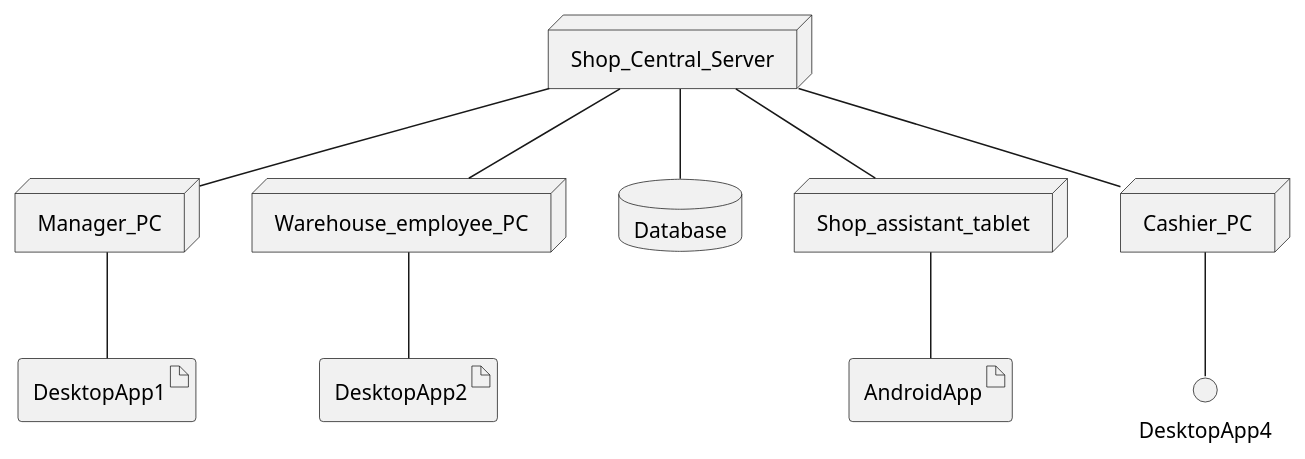
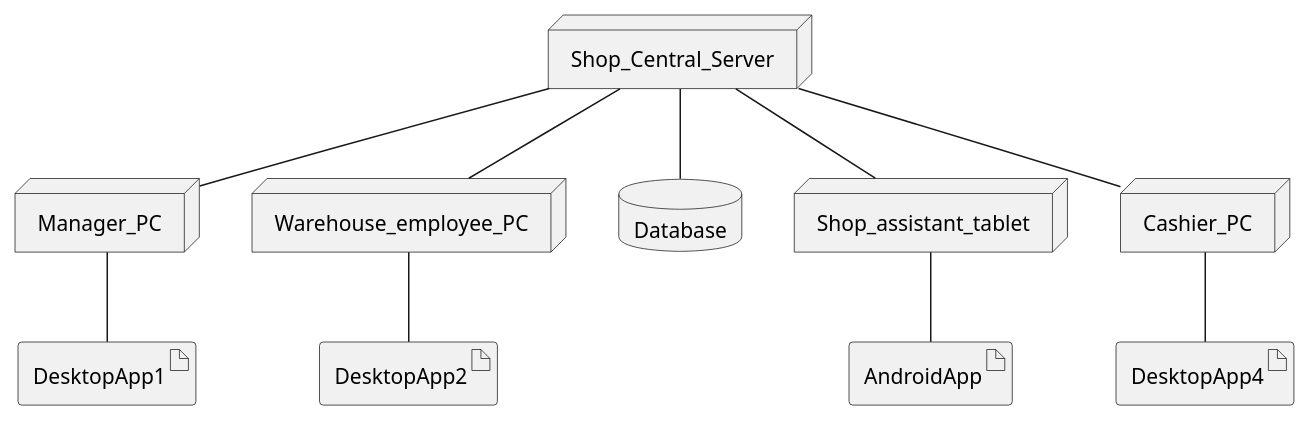
The third of 3 diagrams in Deliverables/RequirementsDocument.md (marco-ballario/EzShop), drawn with PlantUML before and after one commit.

````diff
--- a/Deliverables/RequirementsDocument.md
+++ b/Deliverables/RequirementsDocument.md
@@ -439,24 +439,25 @@
 ```plantuml
 node Manager_PC
 node Warehouse_employee_PC
 database Database
 node Shop_assistant_tablet
 node Cashier_PC
 node Shop_Central_Server
 
 artifact DesktopApp1
 artifact DesktopApp2
 artifact AndroidApp
+artifact DesktopApp4
 
 
 Shop_Central_Server -- Manager_PC
 Shop_Central_Server -- Warehouse_employee_PC
 Shop_Central_Server -- Database
 Shop_Central_Server -- Shop_assistant_tablet
 Shop_Central_Server -- Cashier_PC
 Manager_PC -- DesktopApp1
 Shop_assistant_tablet -- AndroidApp
 Warehouse_employee_PC -- DesktopApp2
 Cashier_PC -- DesktopApp4
 
 ```
````
